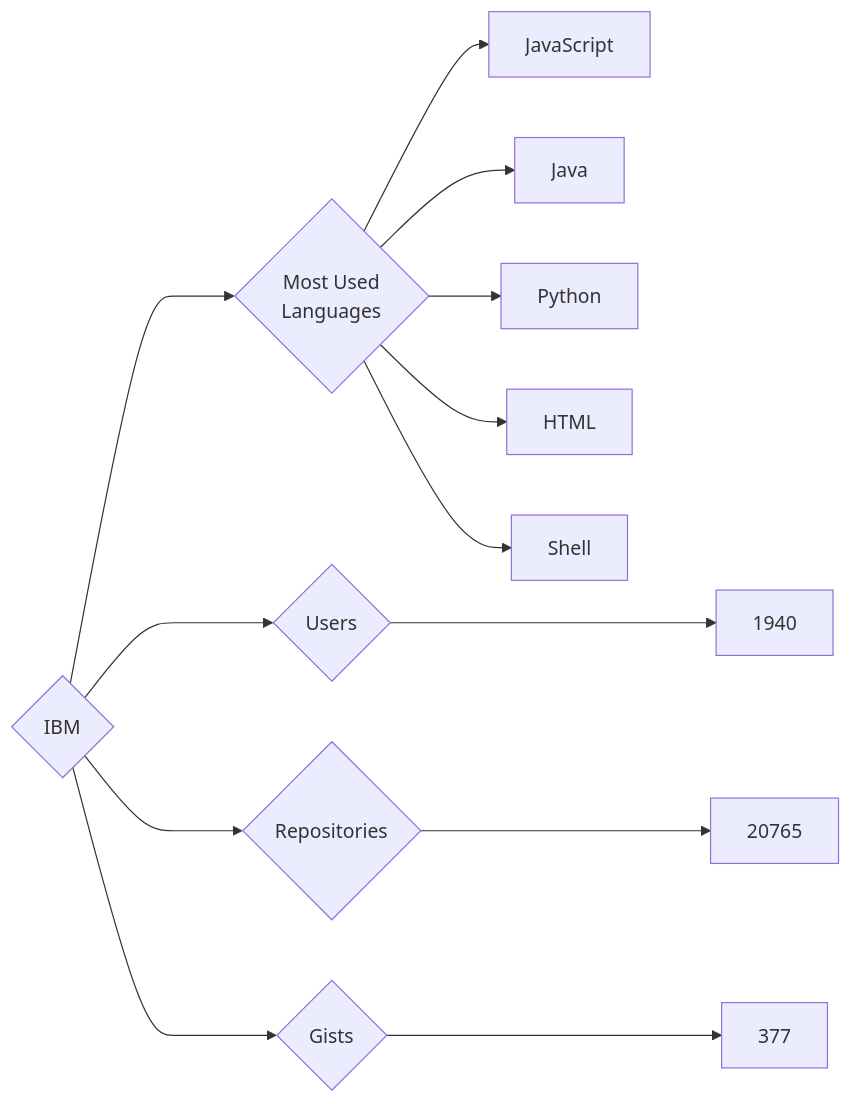
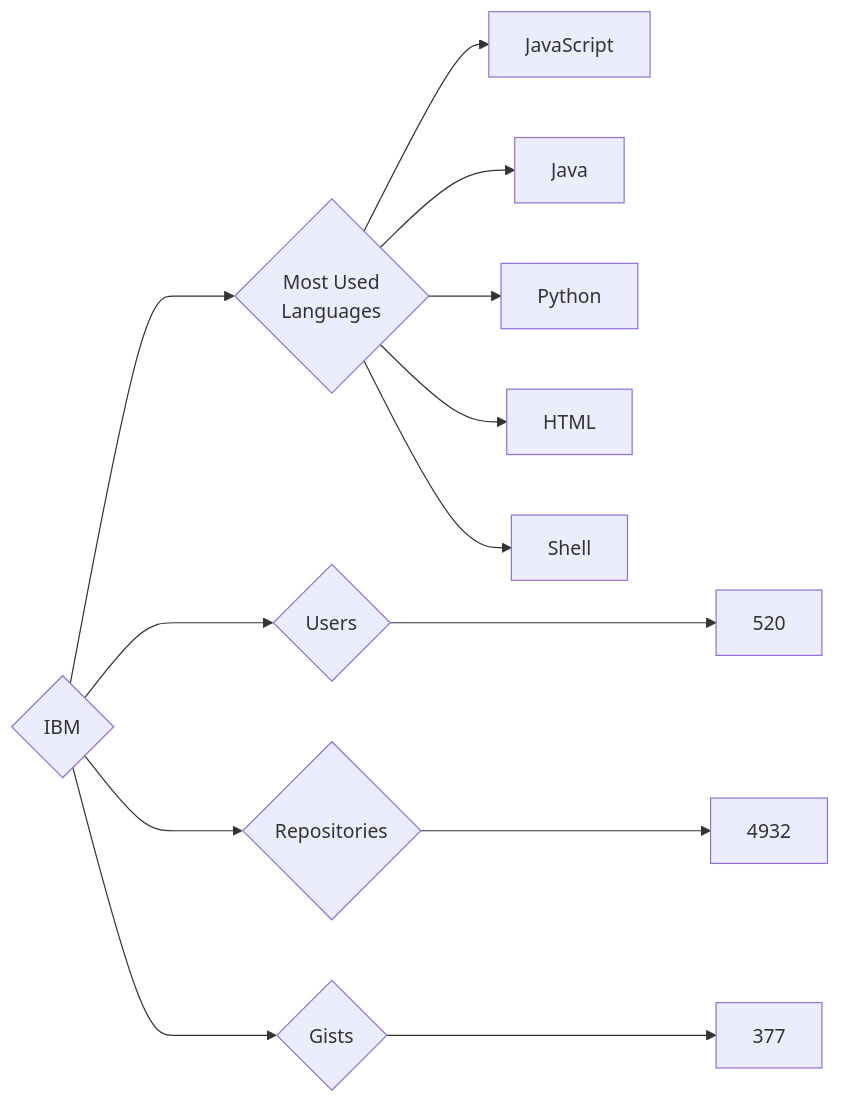
Before and after one commit to trickest/insiders: the diagram in targets/IBM/README.md, drawn with Mermaid. The commit also changed 749 other files, not shown here.

````diff
--- a/targets/IBM/README.md
+++ b/targets/IBM/README.md
@@ -3,13 +3,13 @@
 ```mermaid
 graph LR
 COMPANY_NAME{IBM}
-COMPANY_NAME ---> U{Users} ---> UN[1940]
-COMPANY_NAME ---> R{Repositories} ---> RN[20765]
+COMPANY_NAME ---> U{Users} ---> UN[520]
+COMPANY_NAME ---> R{Repositories} ---> RN[4932]
 COMPANY_NAME ---> G{Gists} ---> GN[377]
 COMPANY_NAME ---> ML{Most Used<br>Languages}
 ML --> JavaScript[JavaScript]
 ML --> Java[Java]
 ML --> Python[Python]
 ML --> HTML[HTML]
 ML --> Shell[Shell]
 ```
````
